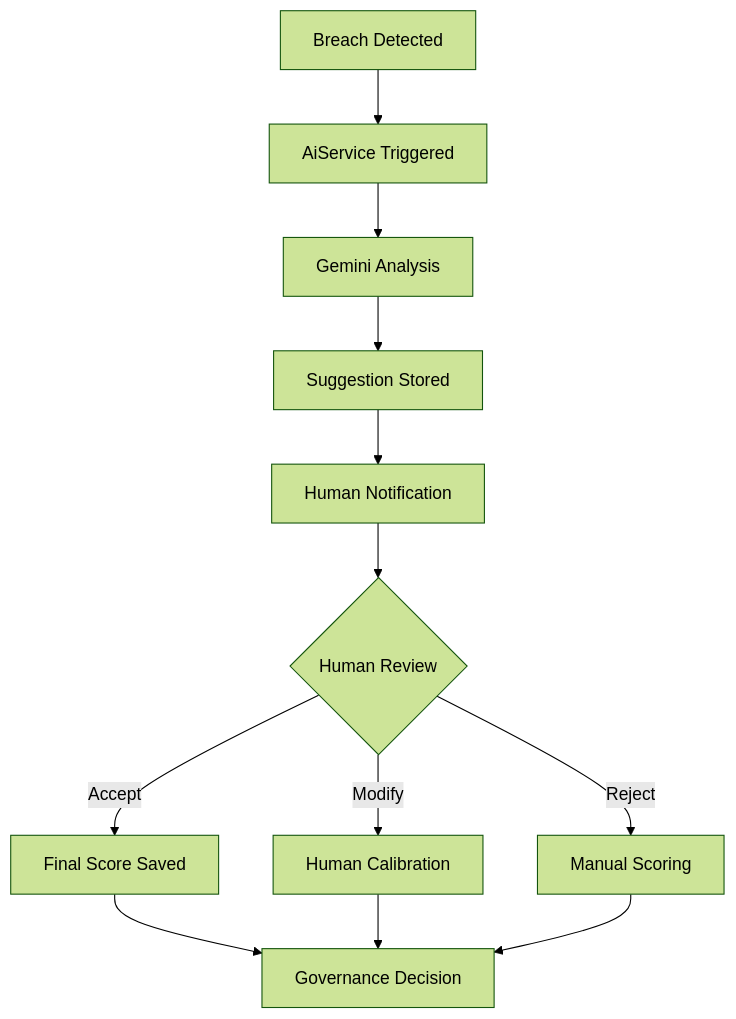
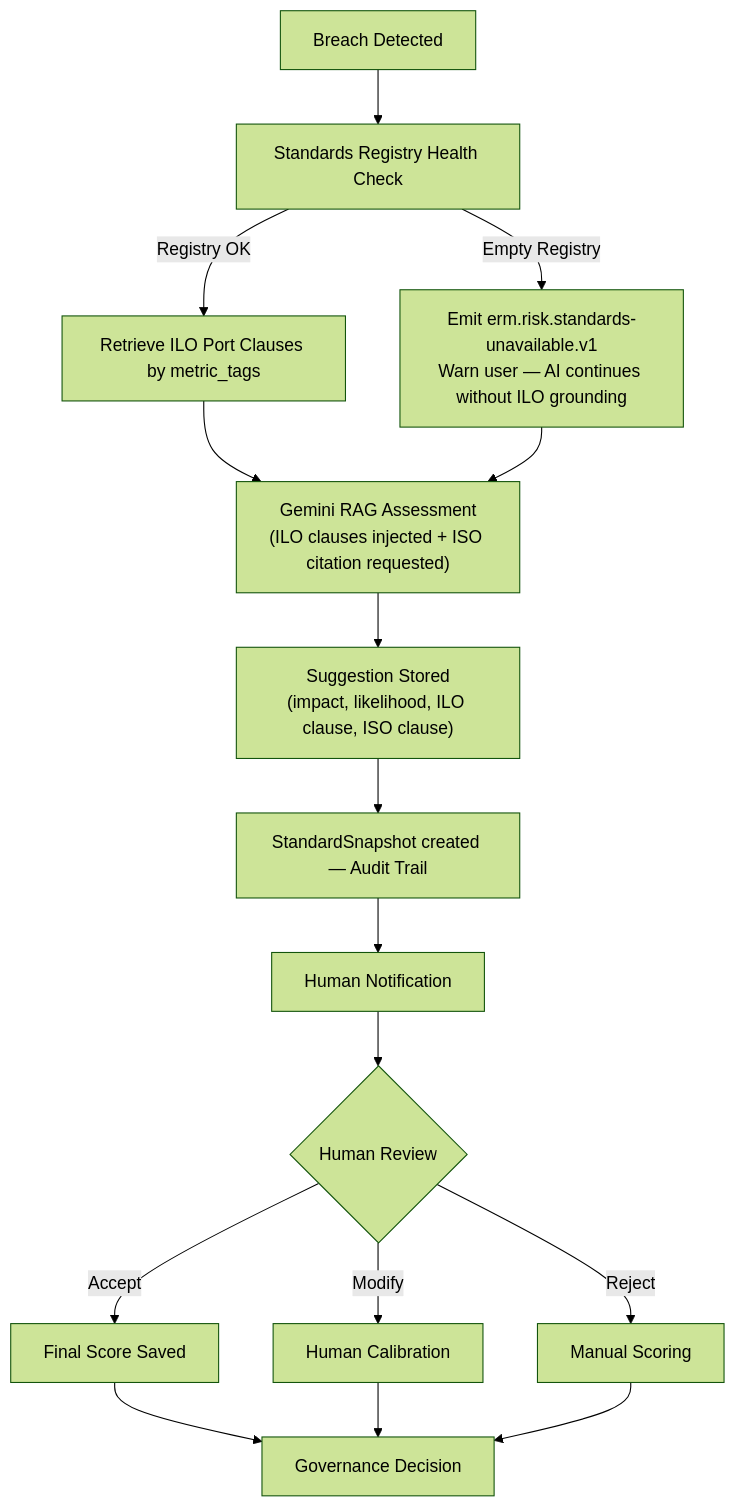
The first of 2 diagrams in docs/ai/ai-risk-assessment-workflow.md (Domtellis/erm-platform), drawn with Mermaid (forest theme) before and after one commit. The commit also changed other lines of this file and 29 other files, not shown here.

First line of the commit message:
feat(ai-risk): implement S-AIR standards-aware RAG assessment

````diff
--- a/docs/ai/ai-risk-assessment-workflow.md
+++ b/docs/ai/ai-risk-assessment-workflow.md
@@ -8,14 +9,18 @@
 ```mermaid
 graph TD
-    A[Breach Detected] --> B[AiService Triggered]
-    B --> C[Gemini Analysis]
-    C --> D[Suggestion Stored]
-    D --> E[Human Notification]
-    E --> F{Human Review}
-    F -->|Accept| G[Final Score Saved]
-    F -->|Modify| H[Human Calibration]
-    F -->|Reject| I[Manual Scoring]
-    G --> J[Governance Decision]
-    H --> J
-    I --> J
+    A[Breach Detected] --> B[Standards Registry Health Check]
+    B -- Empty Registry --> W["Emit erm.risk.standards-unavailable.v1<br/>Warn user — AI continues without ILO grounding"]
+    B -- Registry OK --> C[Retrieve ILO Port Clauses by metric_tags]
+    C --> D["Gemini RAG Assessment<br/>(ILO clauses injected + ISO citation requested)"]
+    W --> D
+    D --> E["Suggestion Stored<br/>(impact, likelihood, ILO clause, ISO clause)"]
+    E --> F[StandardSnapshot created — Audit Trail]
+    F --> G[Human Notification]
+    G --> H{Human Review}
+    H -->|Accept| I[Final Score Saved]
+    H -->|Modify| J[Human Calibration]
+    H -->|Reject| K[Manual Scoring]
+    I --> L[Governance Decision]
+    J --> L
+    K --> L
 ```
````
